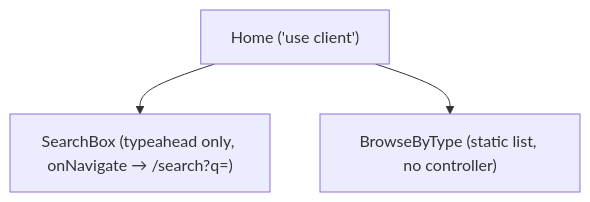
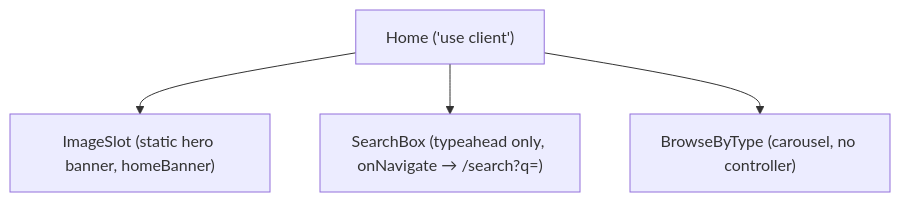
The diagram in docs/architecture/01-home-page.md (venkateshnalla94/coveo-pokemon-assessment), drawn with Mermaid before and after one commit. The commit also changed other lines of this file and 15 other files, not shown here.

First line of the commit message:
Clean up and expand docs: fix stale ADRs/architecture, retrofit missing ADRs, expand README

````diff
--- a/docs/architecture/01-home-page.md
+++ b/docs/architecture/01-home-page.md
@@ -7,8 +7,10 @@
 ```mermaid
 graph TD
     Home["Home ('use client')"]
+    Banner["ImageSlot (static hero banner, homeBanner)"]
     SB["SearchBox (typeahead only, onNavigate → /search?q=)"]
-    BBT["BrowseByType (static list, no controller)"]
+    BBT["BrowseByType (carousel, no controller)"]
+    Home --> Banner
     Home --> SB
     Home --> BBT
 ```
````
